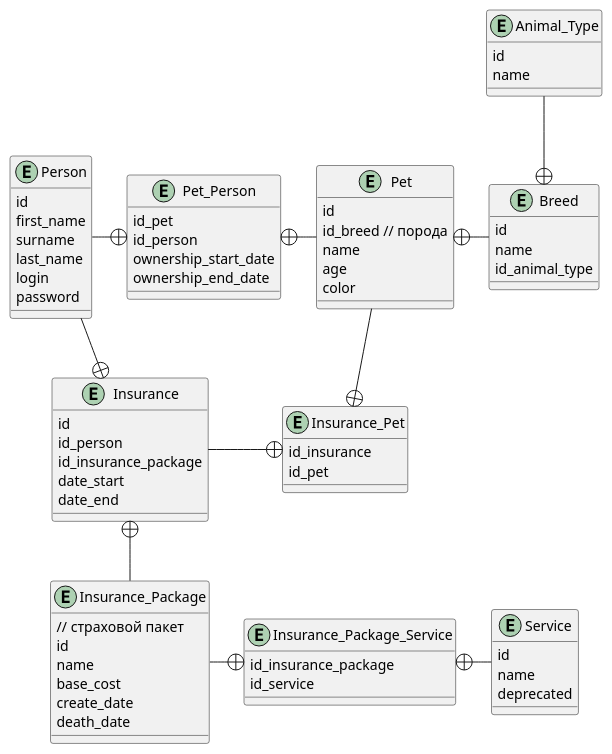
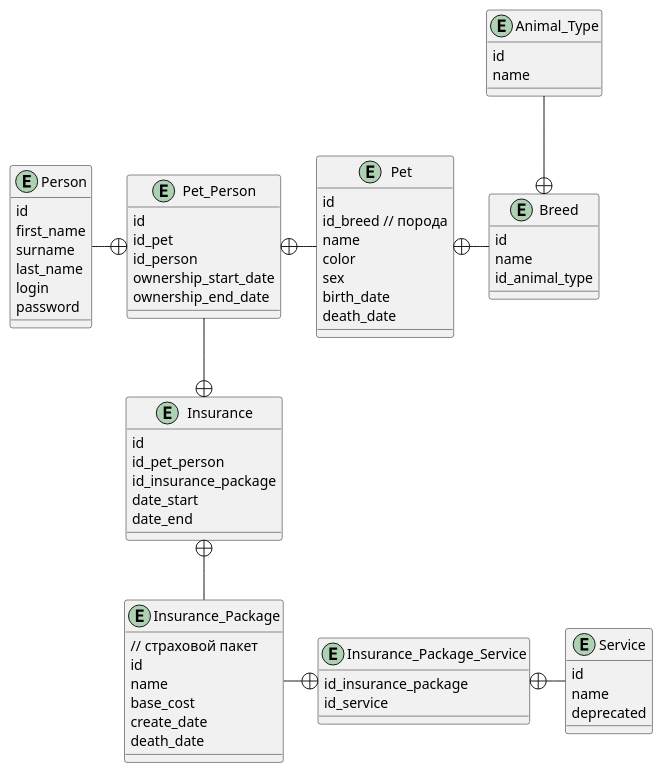
Before and after one commit to Uhbaabys/RosKotStrah: the diagram in diagram.plantuml, drawn with PlantUML.

Commit message:
updated db diagram

```diff
--- a/diagram.plantuml
+++ b/diagram.plantuml
@@ -1,84 +1,79 @@
 @startuml
 entity Pet {
   id
   id_breed // порода
   name
-  age
   color
+  sex
+  birth_date
+  death_date
 }
 
 entity Pet_Person {
+  id
   id_pet
   id_person
   ownership_start_date
   ownership_end_date
 }
 
 entity Person {
   id
   first_name
   surname
   last_name
   login
   password
 }
 
 entity Breed {
   id
   name
   id_animal_type
 }
 
 entity Animal_Type {
   id
   name
 }
 
 entity Insurance_Package {
   // страховой пакет
   id
   name
   base_cost
   create_date
   death_date
 }
 
 entity Service {
   id
   name
   deprecated
 }
 
 entity Insurance_Package_Service {
   id_insurance_package
   id_service
 }
 
 entity Insurance {
   id
-  id_person
+  id_pet_person
   id_insurance_package
   date_start
   date_end
-}
-
-entity Insurance_Pet {
-  id_insurance
-  id_pet
 }
 
 Person -right-+ Pet_Person
 Pet_Person +-right- Pet
 Breed -left-+ Pet
 Animal_Type --+ Breed
 
 Insurance_Package -right-+ Insurance_Package_Service
 Insurance_Package_Service +-right- Service
 
-Person --+ Insurance
+Pet_Person --+ Insurance
 Insurance +-- Insurance_Package
 
-Pet --+ Insurance_Pet
-Insurance_Pet +-left- Insurance
-
 @enduml
```
